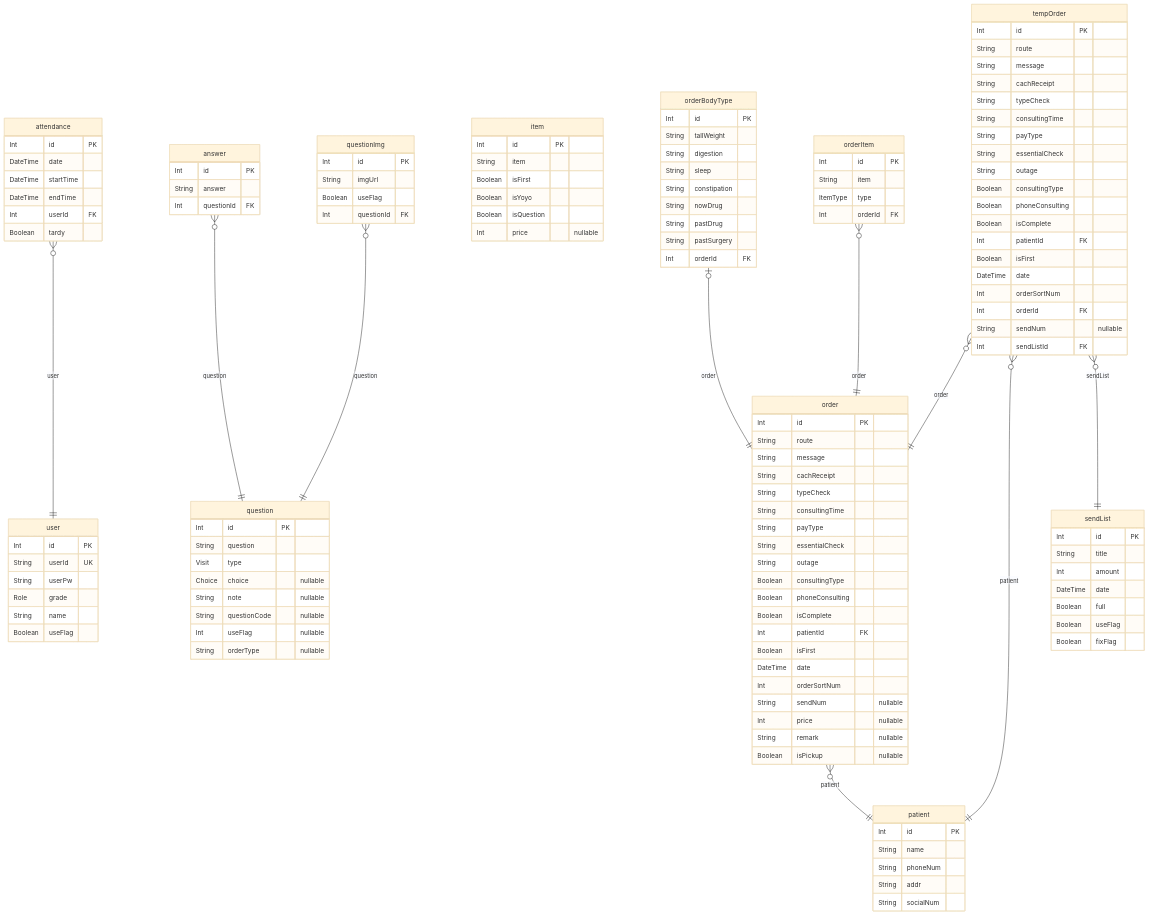
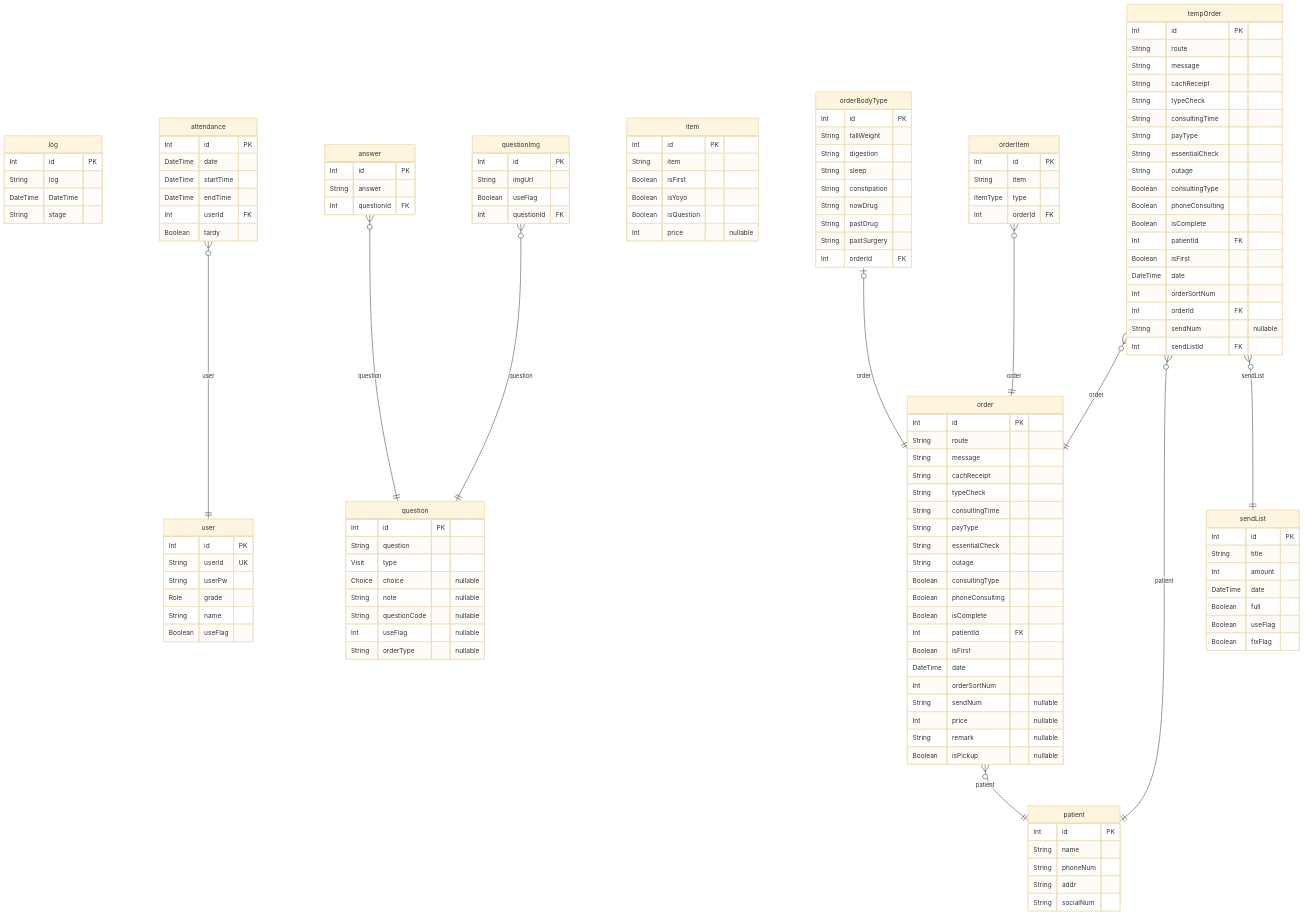
One commit to CobitionOrg/chamServer-erp changed the diagram in prisma/ERD.md. Above: the diagram before and after it, drawn with Mermaid (base theme). The commit also changed other lines of this file and 1 other file, not shown here.

Commit message:
add log table

```diff
--- a/prisma/ERD.md
+++ b/prisma/ERD.md
@@ -13,6 +13,12 @@
   Role grade
   String name
   Boolean useFlag
+}
+"log" {
+  Int id PK
+  String log
+  DateTime DateTime
+  String stage
 }
 "attendance" {
   Int id PK
```
